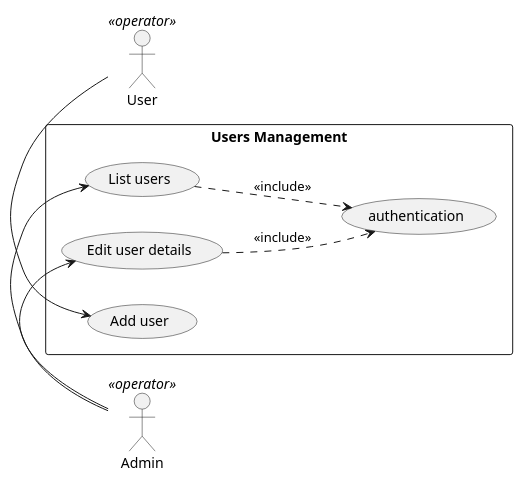
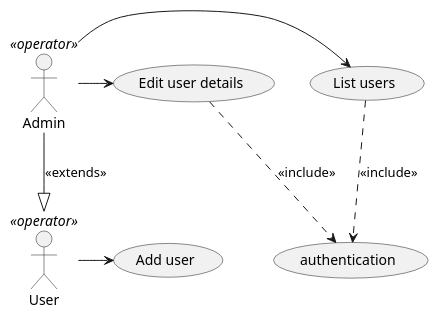
One commit to Xwyk/todoco changed the diagram in diagrams/UseCases/UseCase_UserManagement.puml. Above: the diagram before and after it, drawn with PlantUML. The commit also changed 3 other files, not shown here.

Commit message:
Diagrams update

```diff
--- a/diagrams/UseCases/UseCase_UserManagement.puml
+++ b/diagrams/UseCases/UseCase_UserManagement.puml
@@ -1,22 +1,20 @@
 @startuml
-
-left to right direction
 
 Admin    <<operator>> as admin
 User     <<operator>> as user
 
-rectangle "Users Management" {
-  (List users) as listUsers
-  (Edit user details) as editUser
-  (Add user) as addUser
-  (authentication) as auth
-}
+admin --|> user : <<extends>>
+
+(Add user) as addUser
+(List users) as listUsers
+(Edit user details) as editUser
+(authentication) as auth
 
 admin -> listUsers
 admin -> editUser
 user -> addUser
 
 listUsers ..> auth : <<include>>
 editUser ..> auth : <<include>>
 
 @enduml
```
